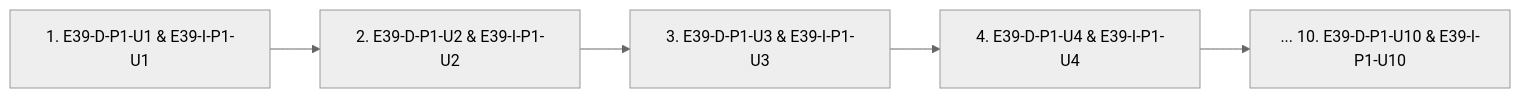
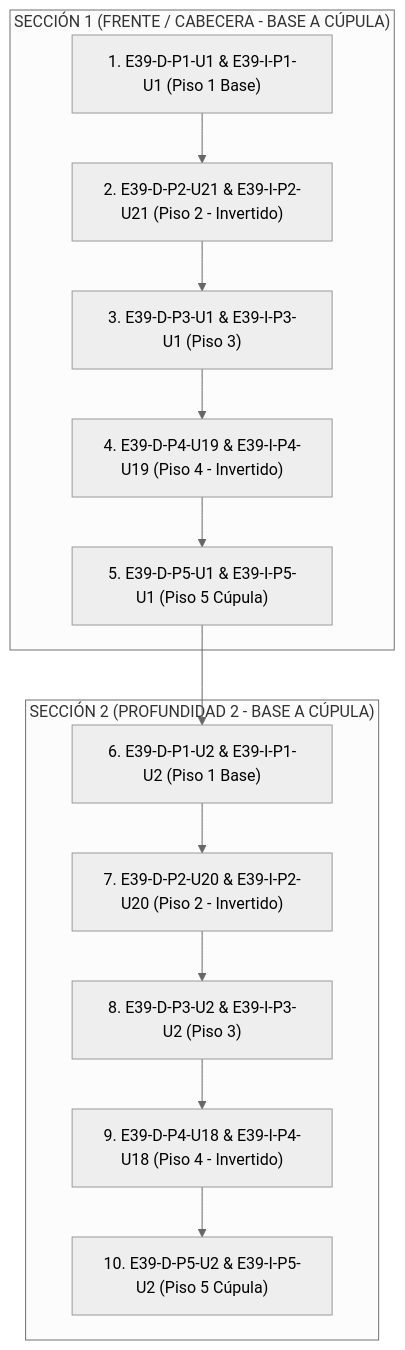
One commit to HasselGit/GeoStock-Replication changed the diagram in armado_estiva_200.md. Above: the diagram before and after it, drawn with Mermaid (neutral theme). The commit also changed other lines of this file and 1 other file, not shown here.

Commit message:
Update assembly sequence for exact inverse symmetry with disassembly

````diff
--- a/armado_estiva_200.md
+++ b/armado_estiva_200.md
@@ -21,7 +21,16 @@
 ```mermaid
-flowchart LR
-    P1U1["1. E39-D-P1-U1 & E39-I-P1-U1"] --> P1U2["2. E39-D-P1-U2 & E39-I-P1-U2"]
-    P1U2 --> P1U3["3. E39-D-P1-U3 & E39-I-P1-U3"]
-    P1U3 --> P1U4["4. E39-D-P1-U4 & E39-I-P1-U4"]
-    P1U4 --> P1U10["... 10. E39-D-P1-U10 & E39-I-P1-U10"]
+flowchart TD
+    subgraph Sec1 ["SECCIÓN 1 (FRENTE / CABECERA - BASE A CÚPULA)"]
+        A1["1. E39-D-P1-U1 & E39-I-P1-U1 (Piso 1 Base)"] --> A2["2. E39-D-P2-U21 & E39-I-P2-U21 (Piso 2 - Invertido)"]
+        A2 --> A3["3. E39-D-P3-U1 & E39-I-P3-U1 (Piso 3)"]
+        A3 --> A4["4. E39-D-P4-U19 & E39-I-P4-U19 (Piso 4 - Invertido)"]
+        A4 --> A5["5. E39-D-P5-U1 & E39-I-P5-U1 (Piso 5 Cúpula)"]
+    end
+    subgraph Sec2 ["SECCIÓN 2 (PROFUNDIDAD 2 - BASE A CÚPULA)"]
+        A5 --> B1["6. E39-D-P1-U2 & E39-I-P1-U2 (Piso 1 Base)"]
+        B1 --> B2["7. E39-D-P2-U20 & E39-I-P2-U20 (Piso 2 - Invertido)"]
+        B2 --> B3["8. E39-D-P3-U2 & E39-I-P3-U2 (Piso 3)"]
+        B3 --> B4["9. E39-D-P4-U18 & E39-I-P4-U18 (Piso 4 - Invertido)"]
+        B4 --> B5["10. E39-D-P5-U2 & E39-I-P5-U2 (Piso 5 Cúpula)"]
+    end
 ```
````
